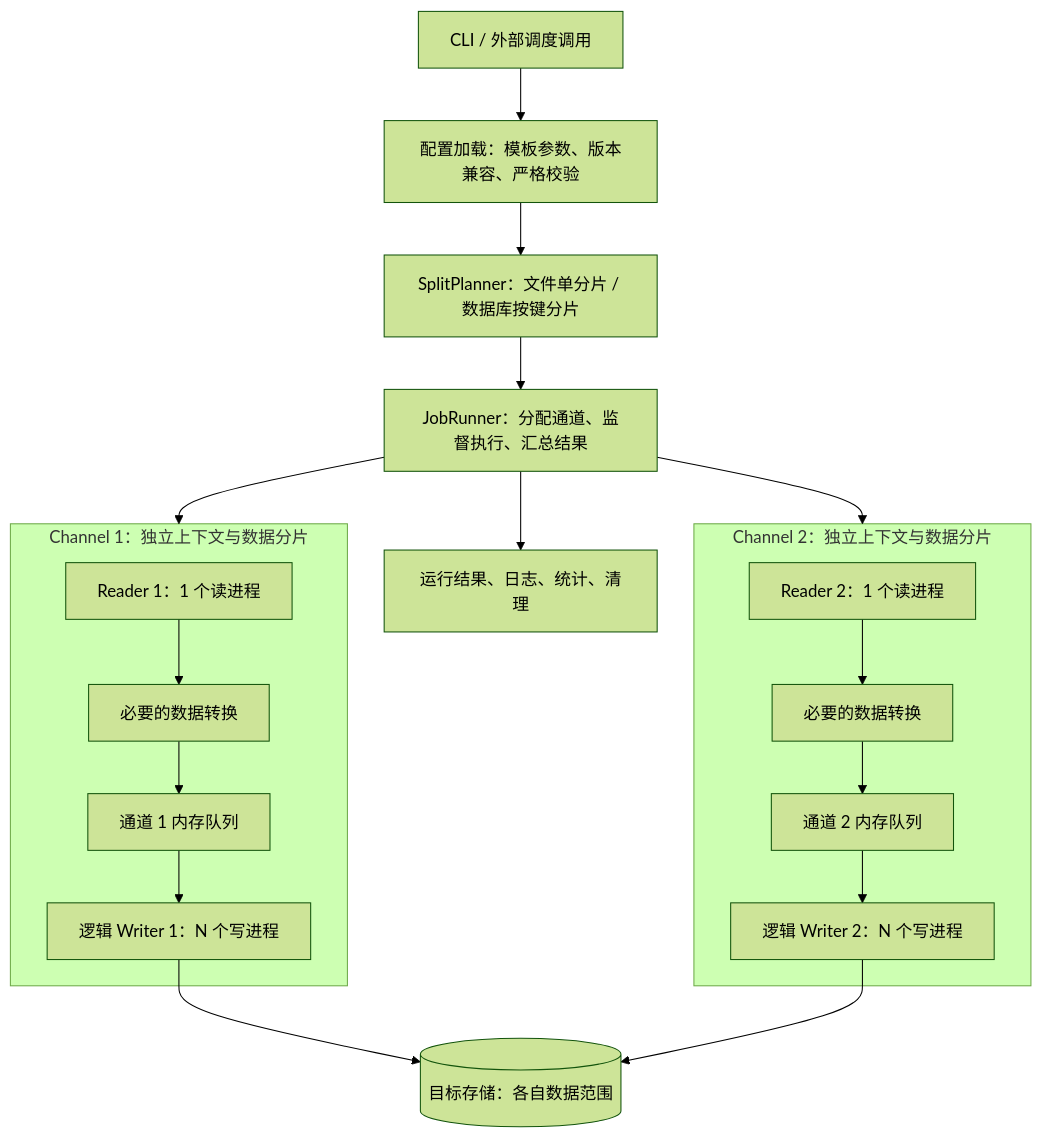
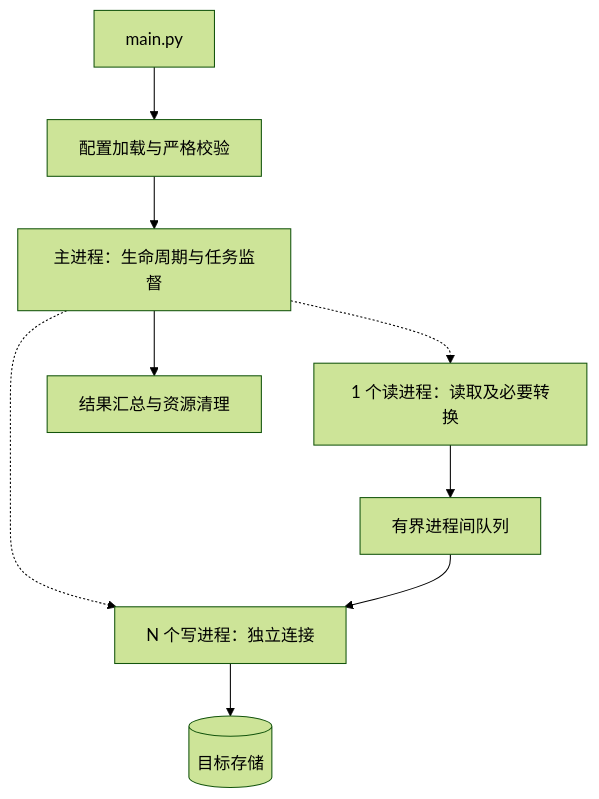
Before and after one commit to jingtinghe0014/dataxsl: the second of 2 diagrams in docs/architecture-multiprocess.md, drawn with Mermaid (forest theme). The commit also changed other lines of this file and 5 other files, not shown here.

````diff
--- a/docs/architecture-multiprocess.md
+++ b/docs/architecture-multiprocess.md
@@ -297,21 +296,11 @@
 ```mermaid
 flowchart TD
-    CLI["CLI / 外部调度调用"] --> LOADER["配置加载：模板参数、版本兼容、严格校验"]
-    LOADER --> PLAN["SplitPlanner：文件单分片 / 数据库按键分片"]
-    PLAN --> RUN["JobRunner：分配通道、监督执行、汇总结果"]
-    RUN --> C1
-    RUN --> C2
-    subgraph C1["Channel 1：独立上下文与数据分片"]
-        R1["Reader 1：1 个读进程"] --> T1["必要的数据转换"]
-        T1 --> Q1["通道 1 内存队列"]
-        Q1 --> W1["逻辑 Writer 1：N 个写进程"]
-    end
-    subgraph C2["Channel 2：独立上下文与数据分片"]
-        R2["Reader 2：1 个读进程"] --> T2["必要的数据转换"]
-        T2 --> Q2["通道 2 内存队列"]
-        Q2 --> W2["逻辑 Writer 2：N 个写进程"]
-    end
-    W1 --> TARGET[(目标存储：各自数据范围)]
-    W2 --> TARGET
-    RUN --> STATUS["运行结果、日志、统计、清理"]
+    CLI["main.py"] --> CONFIG["配置加载与严格校验"]
+    CONFIG --> RUN["主进程：生命周期与任务监督"]
+    RUN -.-> READER["1 个读进程：读取及必要转换"]
+    RUN -.-> WRITER["N 个写进程：独立连接"]
+    READER --> QUEUE["有界进程间队列"]
+    QUEUE --> WRITER
+    WRITER --> TARGET[(目标存储)]
+    RUN --> RESULT["结果汇总与资源清理"]
 ```
````
